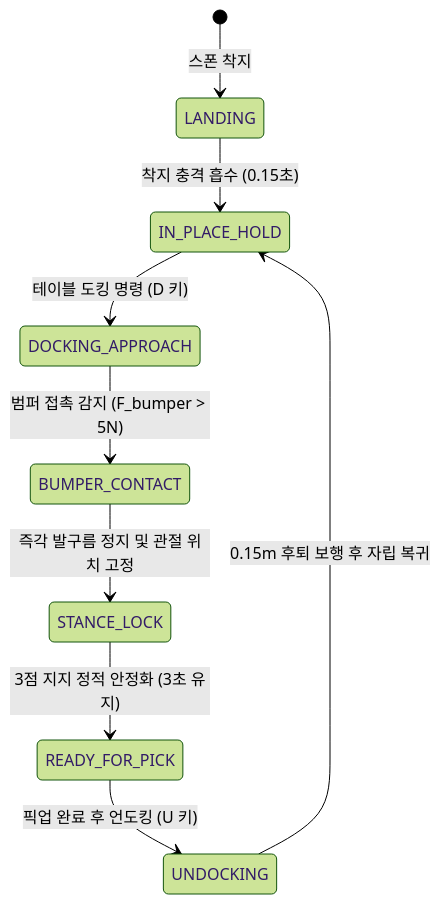
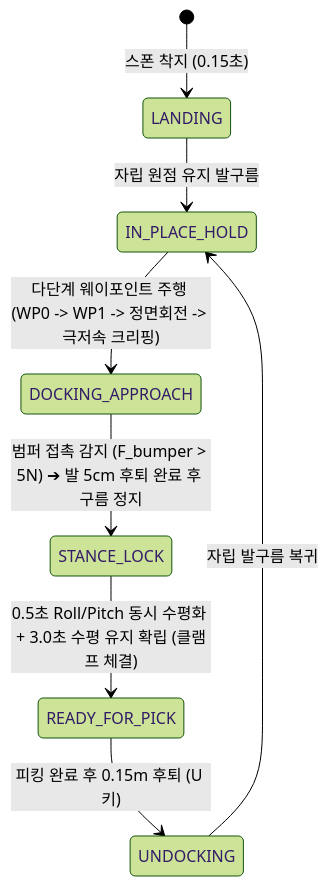
The second of 2 diagrams in documents/development_roadmap/rm_phase01_u02_tron1_payload_transport.md (Centaucyan/Proj_Transferring_bottle_from_tron1_to_ur5e_in_mujoco_env), drawn with Mermaid (forest theme) before and after one commit. The commit also changed other lines of this file and 4 other files, not shown here.

````diff
--- a/documents/development_roadmap/rm_phase01_u02_tron1_payload_transport.md
+++ b/documents/development_roadmap/rm_phase01_u02_tron1_payload_transport.md
@@ -257,11 +258,10 @@
 ```mermaid
 stateDiagram-v2
-    [*] --> LANDING: 스폰 착지
-    LANDING --> IN_PLACE_HOLD: 착지 충격 흡수 (0.15초)
-    IN_PLACE_HOLD --> DOCKING_APPROACH: 테이블 도킹 명령 (D 키)
-    DOCKING_APPROACH --> BUMPER_CONTACT: 범퍼 접촉 감지 (F_bumper > 5N)
-    BUMPER_CONTACT --> STANCE_LOCK: 즉각 발구름 정지 및 관절 위치 고정
-    STANCE_LOCK --> READY_FOR_PICK: 3점 지지 정적 안정화 (3초 유지)
-    READY_FOR_PICK --> UNDOCKING: 픽업 완료 후 언도킹 (U 키)
-    UNDOCKING --> IN_PLACE_HOLD: 0.15m 후퇴 보행 후 자립 복귀
+    [*] --> LANDING: 스폰 착지 (0.15초)
+    LANDING --> IN_PLACE_HOLD: 자립 원점 유지 발구름
+    IN_PLACE_HOLD --> DOCKING_APPROACH: 다단계 웨이포인트 주행 (WP0 -> WP1 -> 정면회전 -> 극저속 크리핑)
+    DOCKING_APPROACH --> STANCE_LOCK: 범퍼 접촉 감지 (F_bumper > 5N) ➔ 발 5cm 후퇴 완료 후 구름 정지
+    STANCE_LOCK --> READY_FOR_PICK: 0.5초 Roll/Pitch 동시 수평화 + 3.0초 수평 유지 확립 (클램프 체결)
+    READY_FOR_PICK --> UNDOCKING: 피킹 완료 후 0.15m 후퇴 (U 키)
+    UNDOCKING --> IN_PLACE_HOLD: 자립 발구름 복귀
 ```
````
